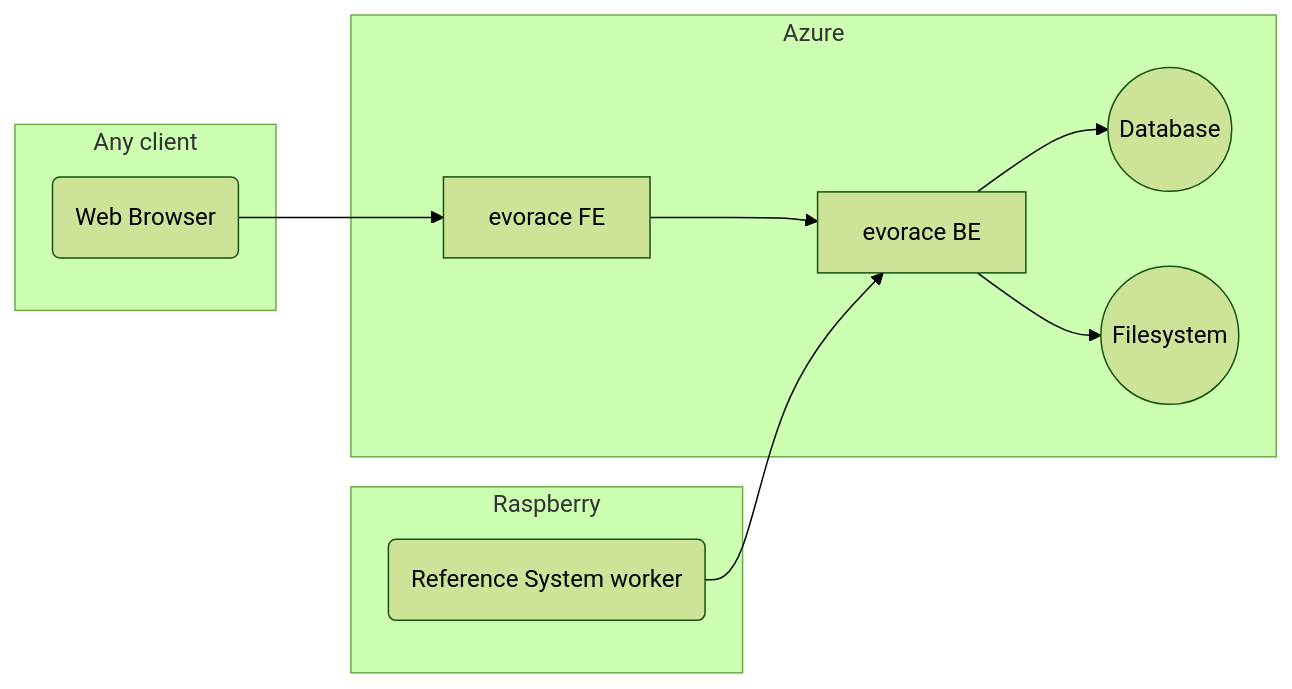
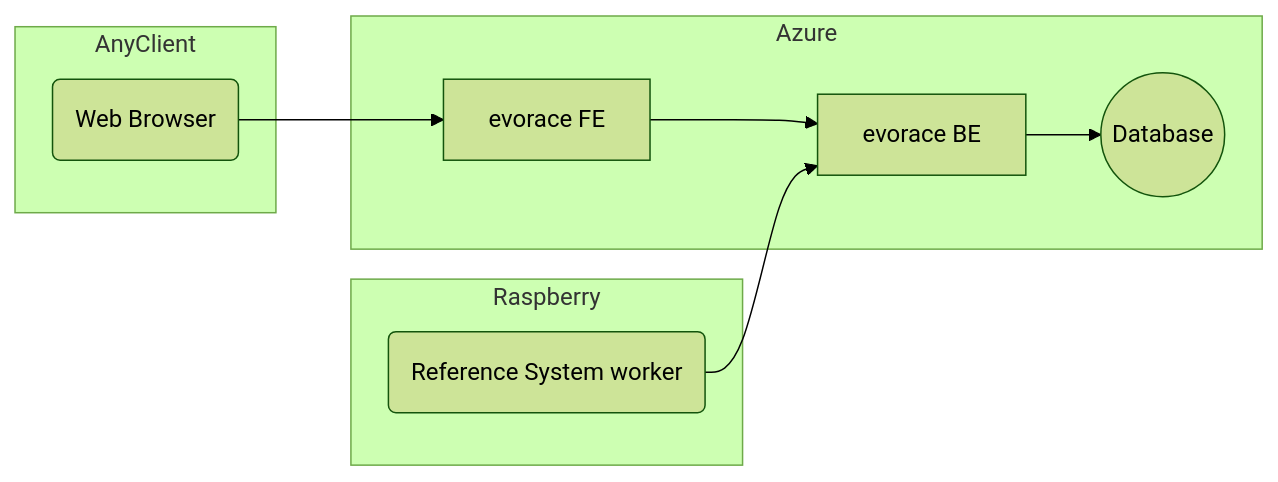
Before and after one commit to sanraith/evocontest: the first of 6 diagrams in docs/architecture.md, drawn with Mermaid (forest theme). The commit also changed other lines of this file and 2 other files, not shown here.

Commit message:
Minor refactor.

````diff
--- a/docs/architecture.md
+++ b/docs/architecture.md
@@ -7,24 +7,22 @@
 ```mermaid
 graph LR
 
-subgraph Any client
+subgraph AnyClient
 	C(Web Browser)
 end
 
 subgraph Raspberry
 	RPI(Reference System worker)
 end
 
 subgraph Azure
 	FE[evorace FE]
 	BE[evorace BE]
 	DB((Database))
-	FS((Filesystem))
 end
 
 C --> FE
 FE --> BE
 BE --> DB
-BE --> FS
 RPI --> BE
 ```
````
